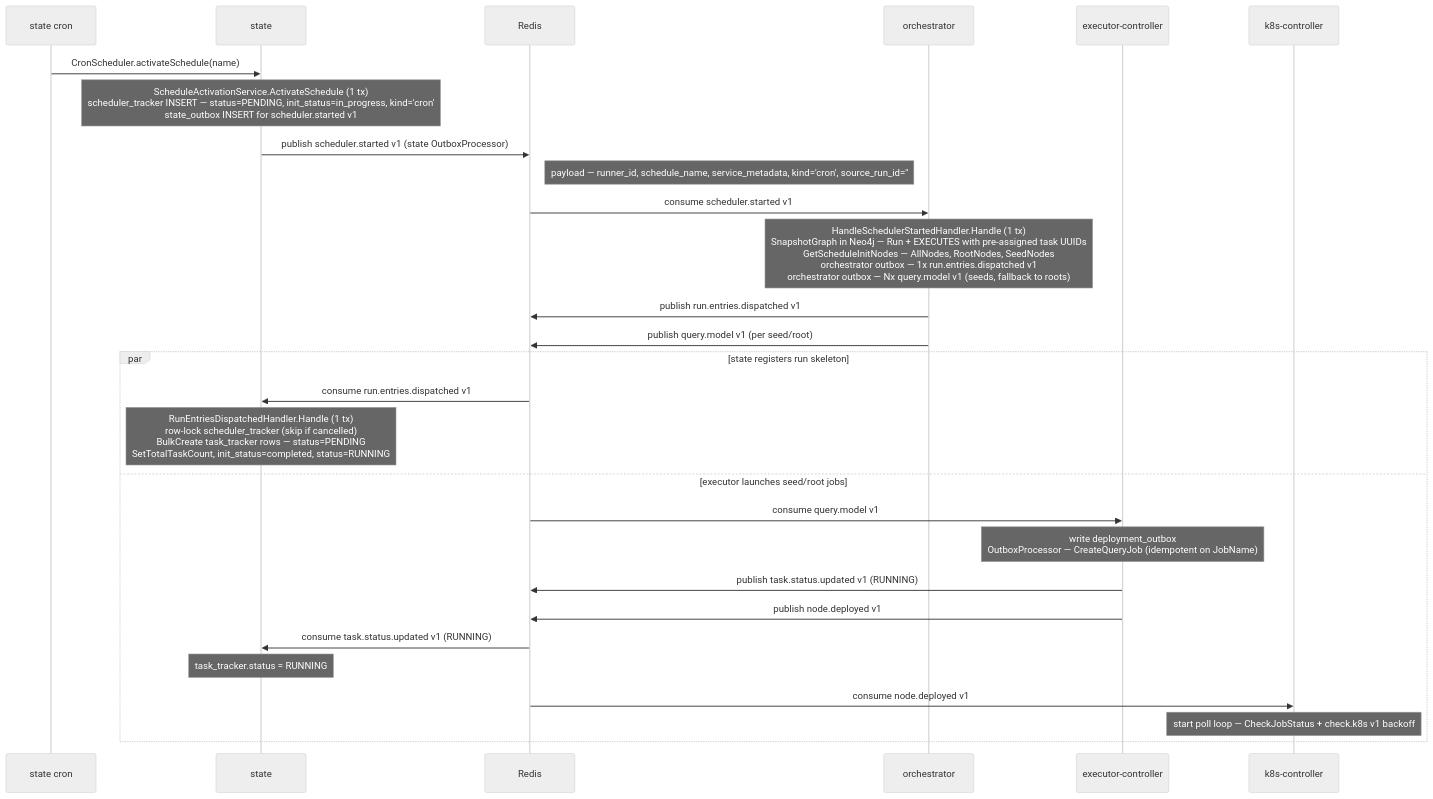
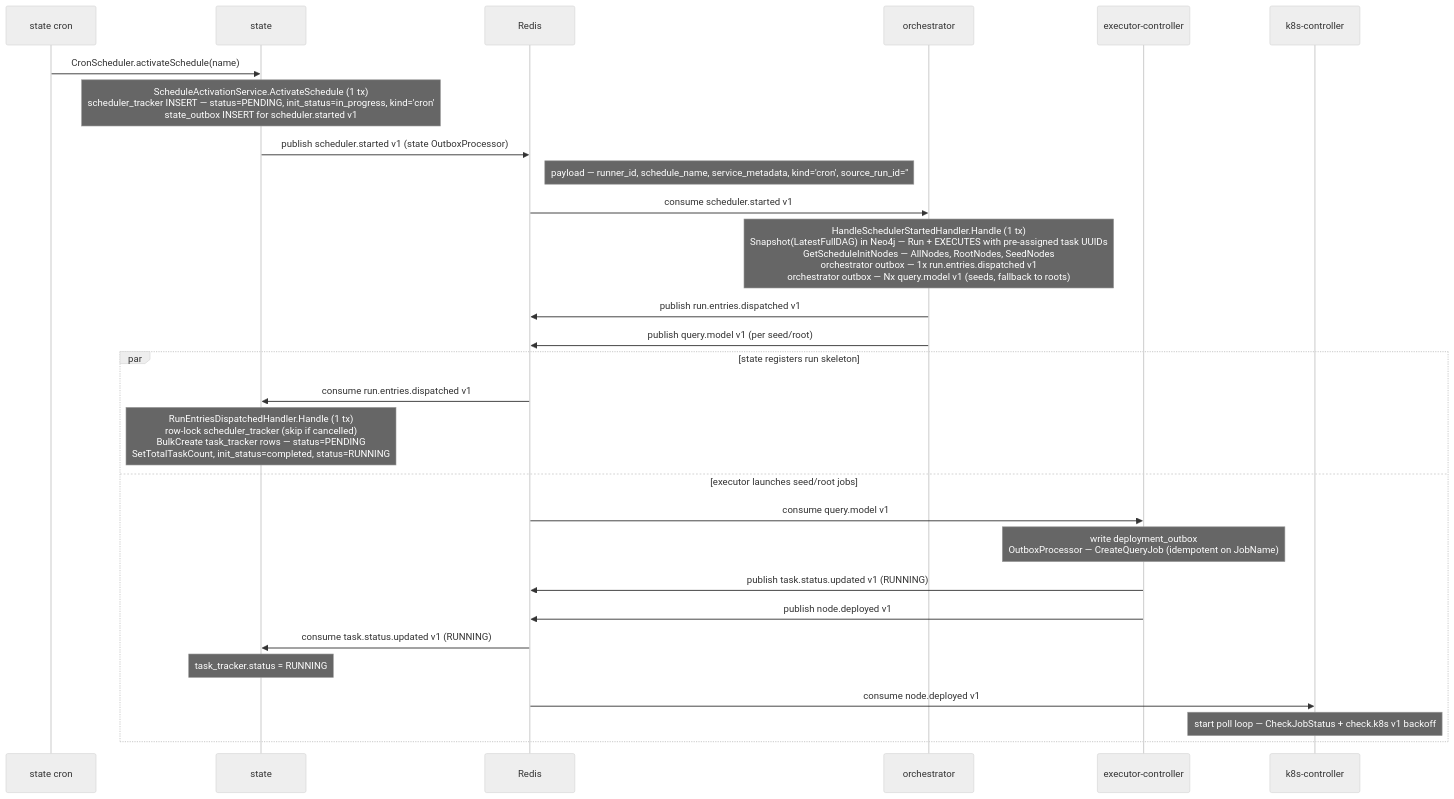
One commit to carolsimone/continuo changed the first of 10 diagrams in docs/arch/03-sequence-flows.md. Above: the diagram before and after it, drawn with Mermaid (neutral theme). The commit also changed other lines of this file and 2 other files, not shown here.

First line of the commit message:
docs: PR2 architecture documentation updates

````diff
--- a/docs/arch/03-sequence-flows.md
+++ b/docs/arch/03-sequence-flows.md
@@ -5,33 +5,33 @@
 ```mermaid
 sequenceDiagram
   participant Cron as state cron
   participant ST as state
   participant R as Redis
   participant OR as orchestrator
   participant EC as executor-controller
   participant KC as k8s-controller
 
   Cron->>ST: CronScheduler.activateSchedule(name)
   Note over ST: ScheduleActivationService.ActivateSchedule (1 tx)<br/>scheduler_tracker INSERT — status=PENDING, init_status=in_progress, kind='cron'<br/>state_outbox INSERT for scheduler.started v1
   ST->>R: publish scheduler.started v1 (state OutboxProcessor)
   Note right of R: payload — runner_id, schedule_name, service_metadata, kind='cron', source_run_id=''
 
   R->>OR: consume scheduler.started v1
-  Note over OR: HandleSchedulerStartedHandler.Handle (1 tx)<br/>SnapshotGraph in Neo4j — Run + EXECUTES with pre-assigned task UUIDs<br/>GetScheduleInitNodes — AllNodes, RootNodes, SeedNodes<br/>orchestrator outbox — 1x run.entries.dispatched v1<br/>orchestrator outbox — Nx query.model v1 (seeds, fallback to roots)
+  Note over OR: HandleSchedulerStartedHandler.Handle (1 tx)<br/>Snapshot(LatestFullDAG) in Neo4j — Run + EXECUTES with pre-assigned task UUIDs<br/>GetScheduleInitNodes — AllNodes, RootNodes, SeedNodes<br/>orchestrator outbox — 1x run.entries.dispatched v1<br/>orchestrator outbox — Nx query.model v1 (seeds, fallback to roots)
   OR->>R: publish run.entries.dispatched v1
   OR->>R: publish query.model v1 (per seed/root)
 
   par state registers run skeleton
     R->>ST: consume run.entries.dispatched v1
     Note over ST: RunEntriesDispatchedHandler.Handle (1 tx)<br/>row-lock scheduler_tracker (skip if cancelled)<br/>BulkCreate task_tracker rows — status=PENDING<br/>SetTotalTaskCount, init_status=completed, status=RUNNING
   and executor launches seed/root jobs
     R->>EC: consume query.model v1
     Note over EC: write deployment_outbox<br/>OutboxProcessor — CreateQueryJob (idempotent on JobName)
     EC->>R: publish task.status.updated v1 (RUNNING)
     EC->>R: publish node.deployed v1
     R->>ST: consume task.status.updated v1 (RUNNING)
     Note over ST: task_tracker.status = RUNNING
     R->>KC: consume node.deployed v1
     Note over KC: start poll loop — CheckJobStatus + check.k8s v1 backoff
   end
 ```
````
